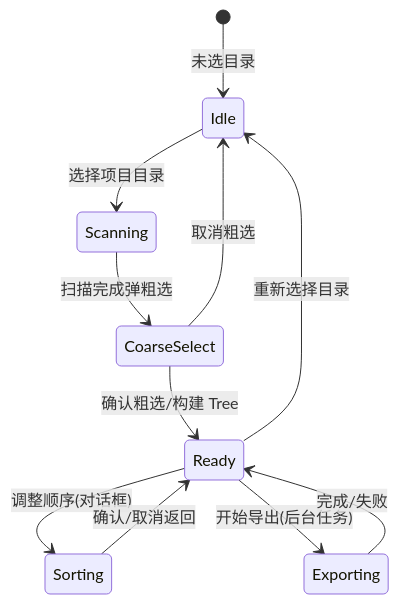
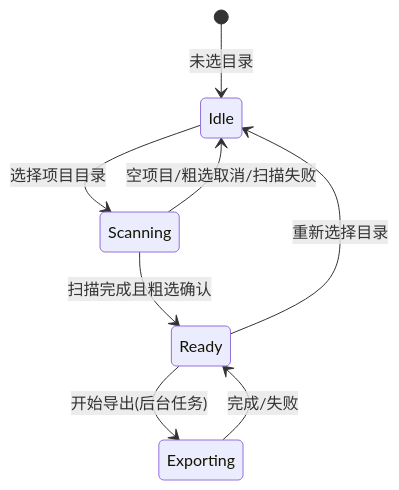
The fourth of 4 diagrams in pure-code/docs/req/2026-09-07/SPEC-pure-code-20260907.md (Ender-William/PureCode), drawn with Mermaid before and after one commit. The commit also changed other lines of this file, not shown here.

Commit message:
docs(pure-code): 同步 SPEC 与实现（补 rule_text_codec 模块、修正状态机、注明 DataProvider 注册时机）

````diff
--- a/pure-code/docs/req/2026-09-07/SPEC-pure-code-20260907.md
+++ b/pure-code/docs/req/2026-09-07/SPEC-pure-code-20260907.md
@@ -188,13 +190,10 @@
 ```mermaid
 stateDiagram-v2
     [*] --> Idle : 未选目录
     Idle --> Scanning : 选择项目目录
-    Scanning --> CoarseSelect : 扫描完成弹粗选
-    CoarseSelect --> Ready : 确认粗选/构建 Tree
-    CoarseSelect --> Idle : 取消粗选
-    Ready --> Sorting : 调整顺序(对话框)
-    Sorting --> Ready : 确认/取消返回
+    Scanning --> Ready : 扫描完成且粗选确认
+    Scanning --> Idle : 空项目/粗选取消/扫描失败
     Ready --> Exporting : 开始导出(后台任务)
     Exporting --> Ready : 完成/失败
     Ready --> Idle : 重新选择目录
 ```
````
